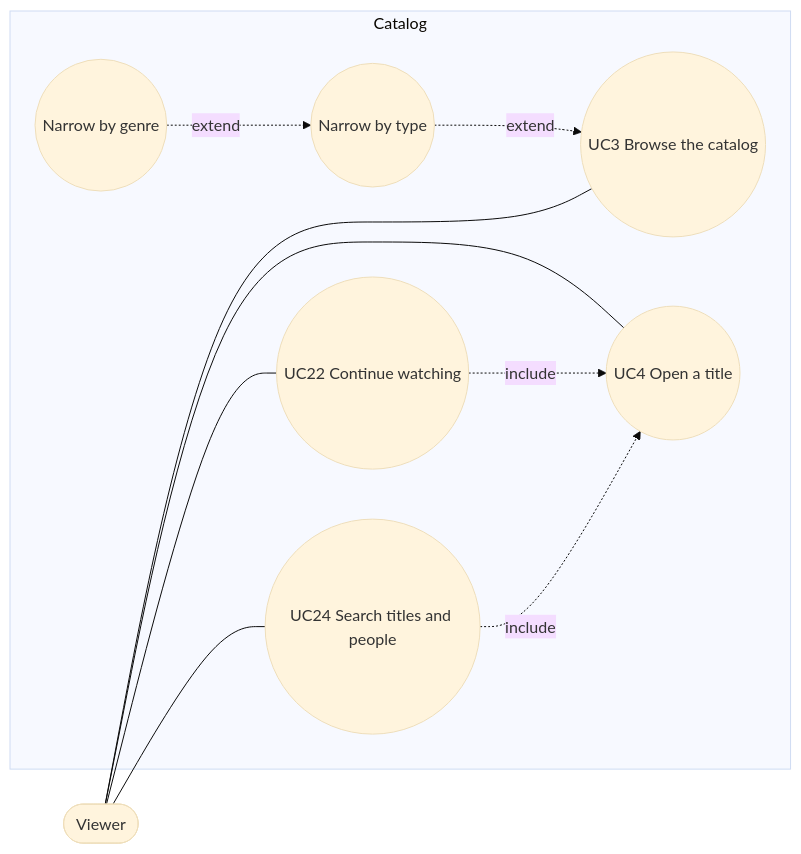
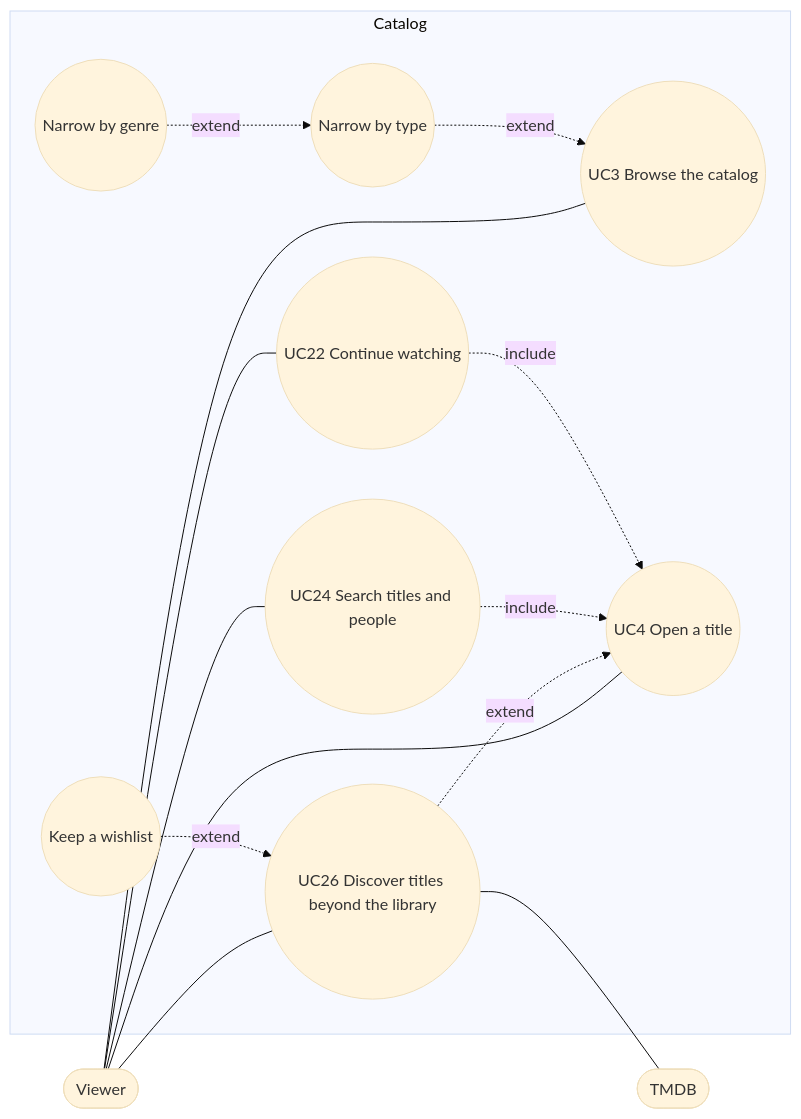
One commit to benoit-bremaud/popcorntv changed the diagram in docs/architecture/diagrams/catalog/01-use-case.md. Above: the diagram before and after it, drawn with Mermaid (base theme). The commit also changed other lines of this file and 30 other files, not shown here.

First line of the commit message:
feat(catalog): discover TMDB titles beyond the local library (#127)

````diff
--- a/docs/architecture/diagrams/catalog/01-use-case.md
+++ b/docs/architecture/diagrams/catalog/01-use-case.md
@@ -8,20 +8,27 @@
 ```mermaid
 flowchart LR
   viewer([Viewer])
   subgraph Catalog
     uc3((UC3 Browse the catalog))
     uc3a((Narrow by type))
     uc3b((Narrow by genre))
     uc4((UC4 Open a title))
     uc22((UC22 Continue watching))
     uc24((UC24 Search titles and people))
+    uc26((UC26 Discover titles beyond the library))
+    uc26a((Keep a wishlist))
   end
+  tmdb([TMDB])
   viewer --- uc3
   viewer --- uc4
   viewer --- uc22
   viewer --- uc24
+  viewer --- uc26
+  uc26 --- tmdb
+  uc26a -. extend .-> uc26
+  uc26 -. extend .-> uc4
   uc24 -. include .-> uc4
   uc22 -. include .-> uc4
   uc3a -. extend .-> uc3
   uc3b -. extend .-> uc3a
 ```
````
